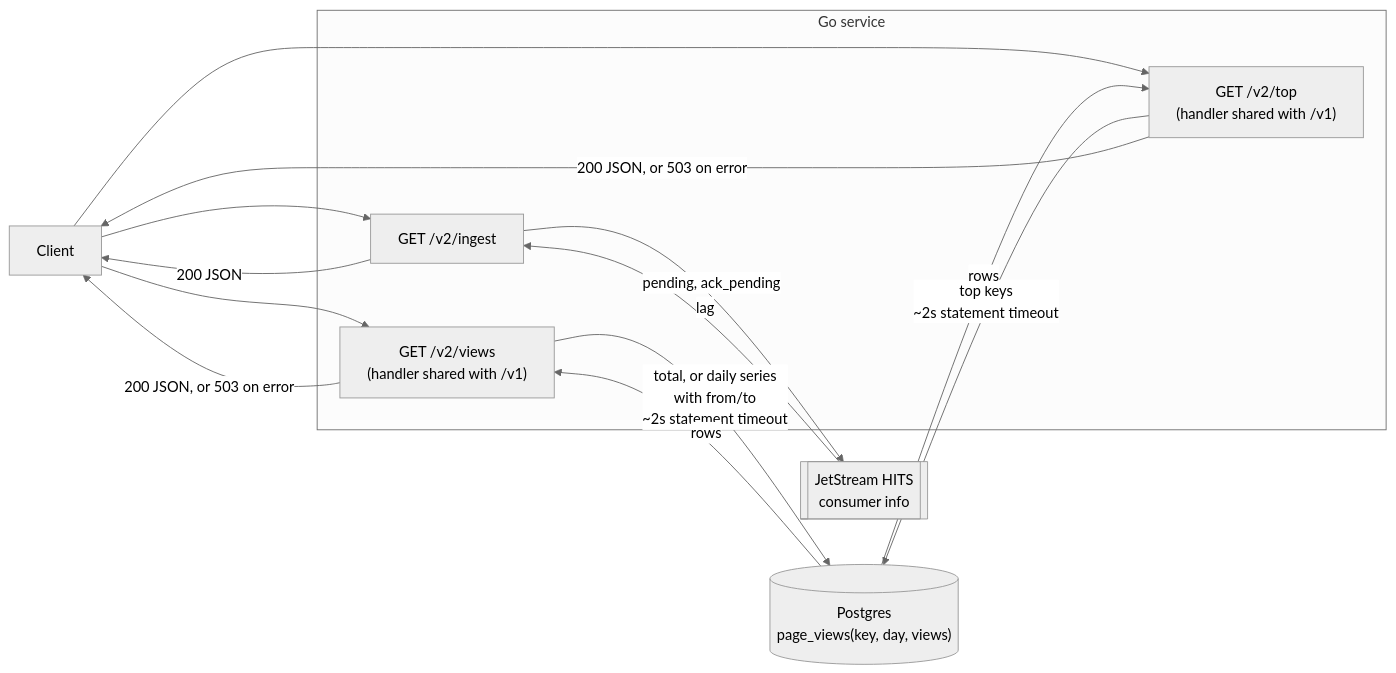
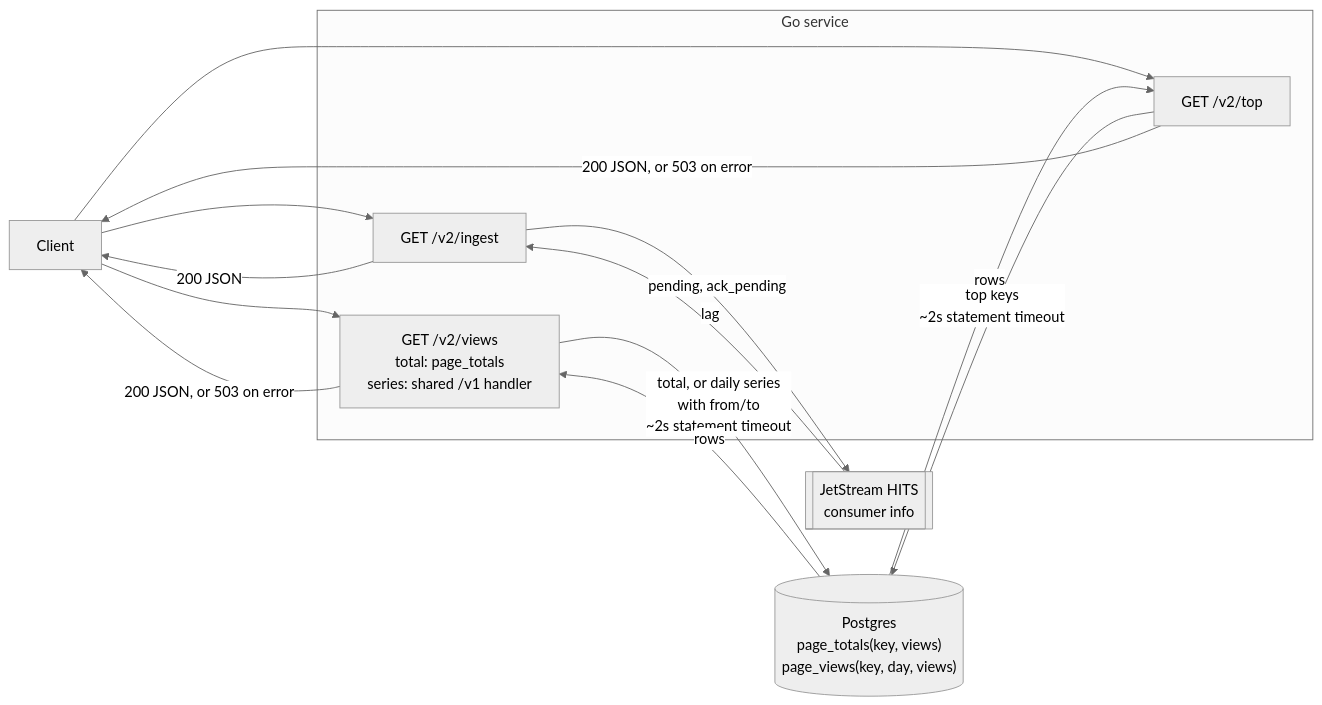
One commit to oshanz/view-counter changed the second of 4 diagrams in docs/jetstream-v2.md. Above: the diagram before and after it, drawn with Mermaid (neutral theme). The commit also changed other lines of this file and 7 other files, not shown here.

First line of the commit message:
Keep /v1 on page_views and give /v2 its own page_totals reads

````diff
--- a/docs/jetstream-v2.md
+++ b/docs/jetstream-v2.md
@@ -53,29 +53,29 @@
 ```mermaid
 flowchart LR
     C[Client]
 
     subgraph API["Go service"]
-        V["GET /v2/views<br/>(handler shared with /v1)"]
-        T["GET /v2/top<br/>(handler shared with /v1)"]
+        V["GET /v2/views<br/>total: page_totals<br/>series: shared /v1 handler"]
+        T["GET /v2/top"]
         I["GET /v2/ingest"]
     end
 
-    PG[("Postgres<br/>page_views(key, day, views)")]
+    PG[("Postgres<br/>page_totals(key, views)<br/>page_views(key, day, views)")]
     JS[["JetStream HITS<br/>consumer info"]]
 
     C --> V
     C --> T
     C --> I
 
     V -->|"total, or daily series<br/>with from/to<br/>~2s statement timeout"| PG
     T -->|"top keys<br/>~2s statement timeout"| PG
     I -->|"pending, ack_pending"| JS
 
     PG -->|rows| V
     PG -->|rows| T
     JS -->|lag| I
 
     V -->|"200 JSON, or 503 on error"| C
     T -->|"200 JSON, or 503 on error"| C
     I -->|"200 JSON"| C
 ```
````
